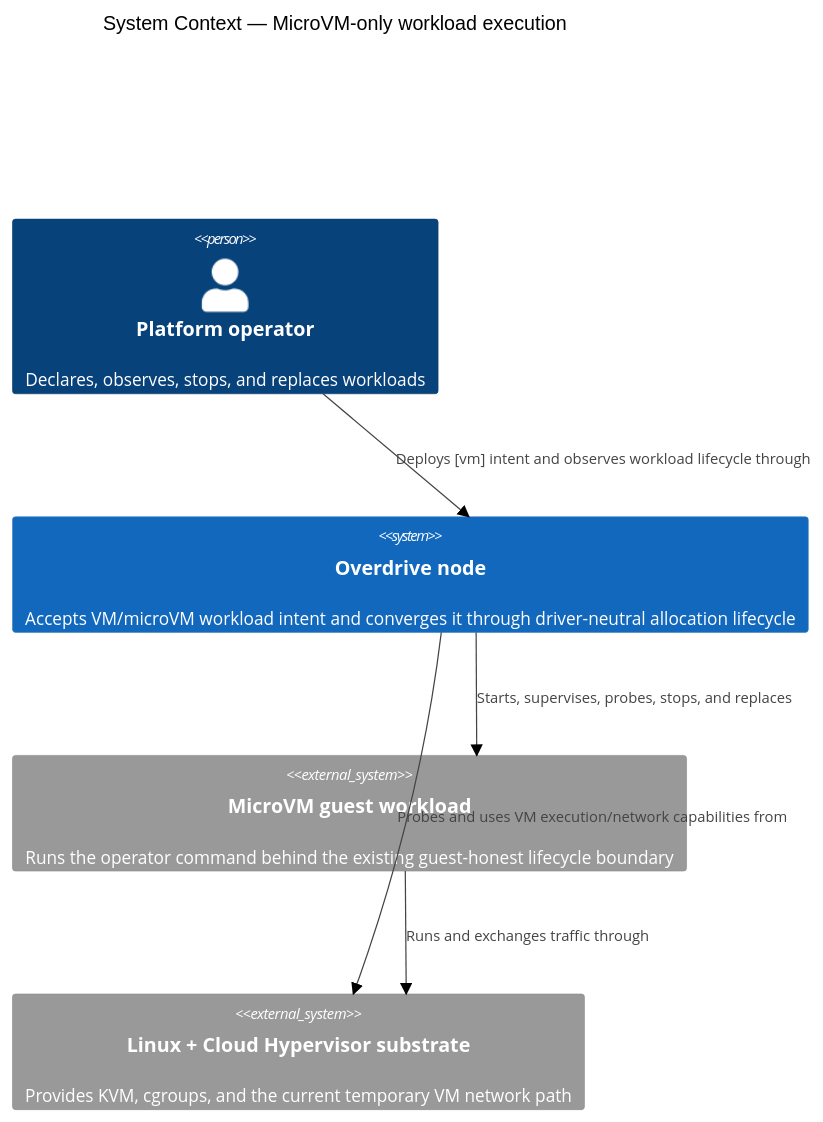
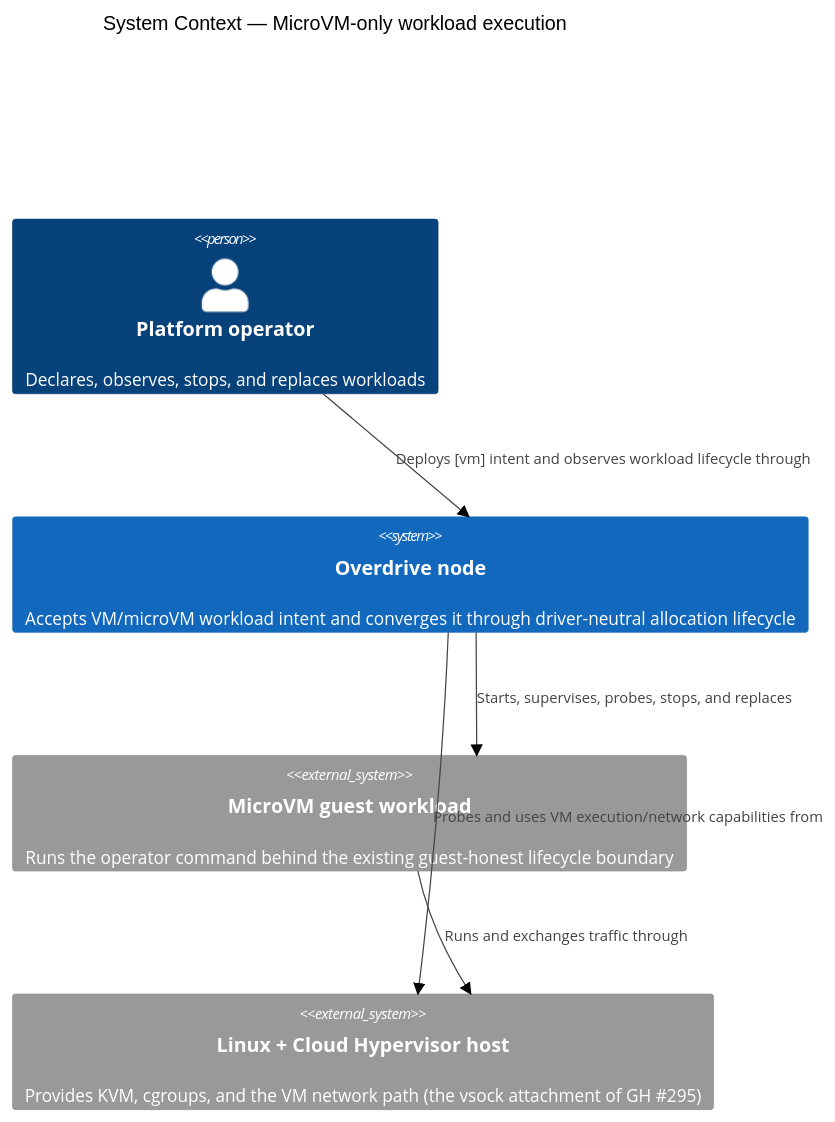
One commit to overdrive-sh/overdrive changed diagram 29 of 37 in docs/product/architecture/c4-diagrams.md. Above: the diagram before and after it, drawn with Mermaid (neutral theme). The commit also changed other lines of this file and 658 other files, not shown here.

````diff
--- a/docs/product/architecture/c4-diagrams.md
+++ b/docs/product/architecture/c4-diagrams.md
@@ -1481,14 +1481,14 @@
 ```mermaid
 C4Context
   title System Context — MicroVM-only workload execution
 
   Person(operator, "Platform operator", "Declares, observes, stops, and replaces workloads")
   System(overdrive, "Overdrive node", "Accepts VM/microVM workload intent and converges it through driver-neutral allocation lifecycle")
   System_Ext(guest, "MicroVM guest workload", "Runs the operator command behind the existing guest-honest lifecycle boundary")
-  System_Ext(substrate, "Linux + Cloud Hypervisor substrate", "Provides KVM, cgroups, and the current temporary VM network path")
+  System_Ext(hosthv, "Linux + Cloud Hypervisor host", "Provides KVM, cgroups, and the VM network path (the vsock attachment of GH #295)")
 
   Rel(operator, overdrive, "Deploys [vm] intent and observes workload lifecycle through")
   Rel(overdrive, guest, "Starts, supervises, probes, stops, and replaces")
-  Rel(overdrive, substrate, "Probes and uses VM execution/network capabilities from")
-  Rel(guest, substrate, "Runs and exchanges traffic through")
+  Rel(overdrive, hosthv, "Probes and uses VM execution/network capabilities from")
+  Rel(guest, hosthv, "Runs and exchanges traffic through")
 ```
````
